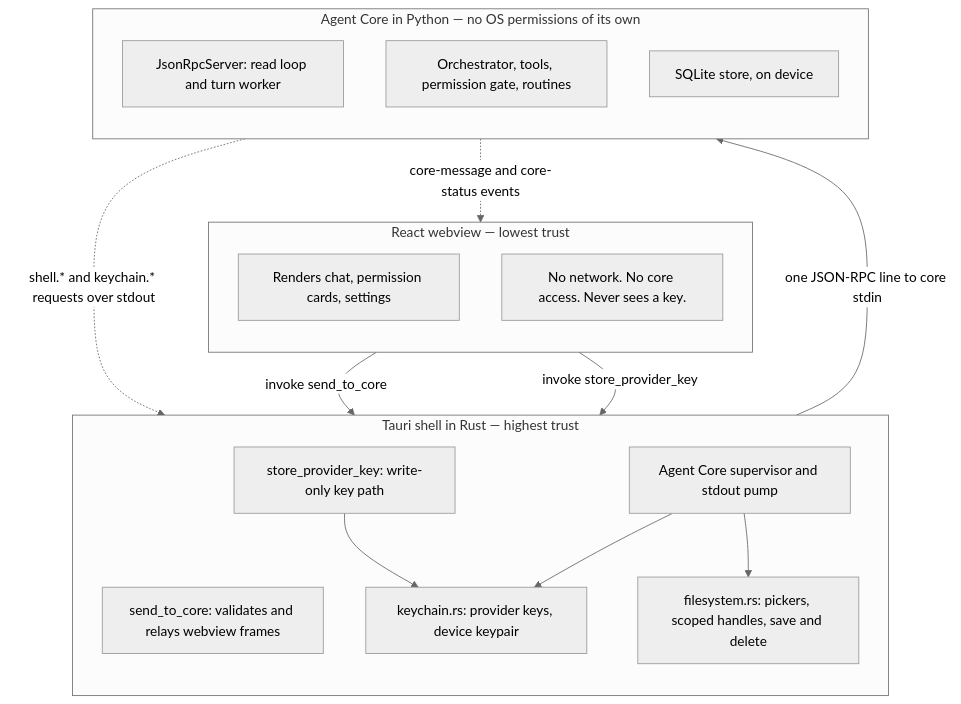
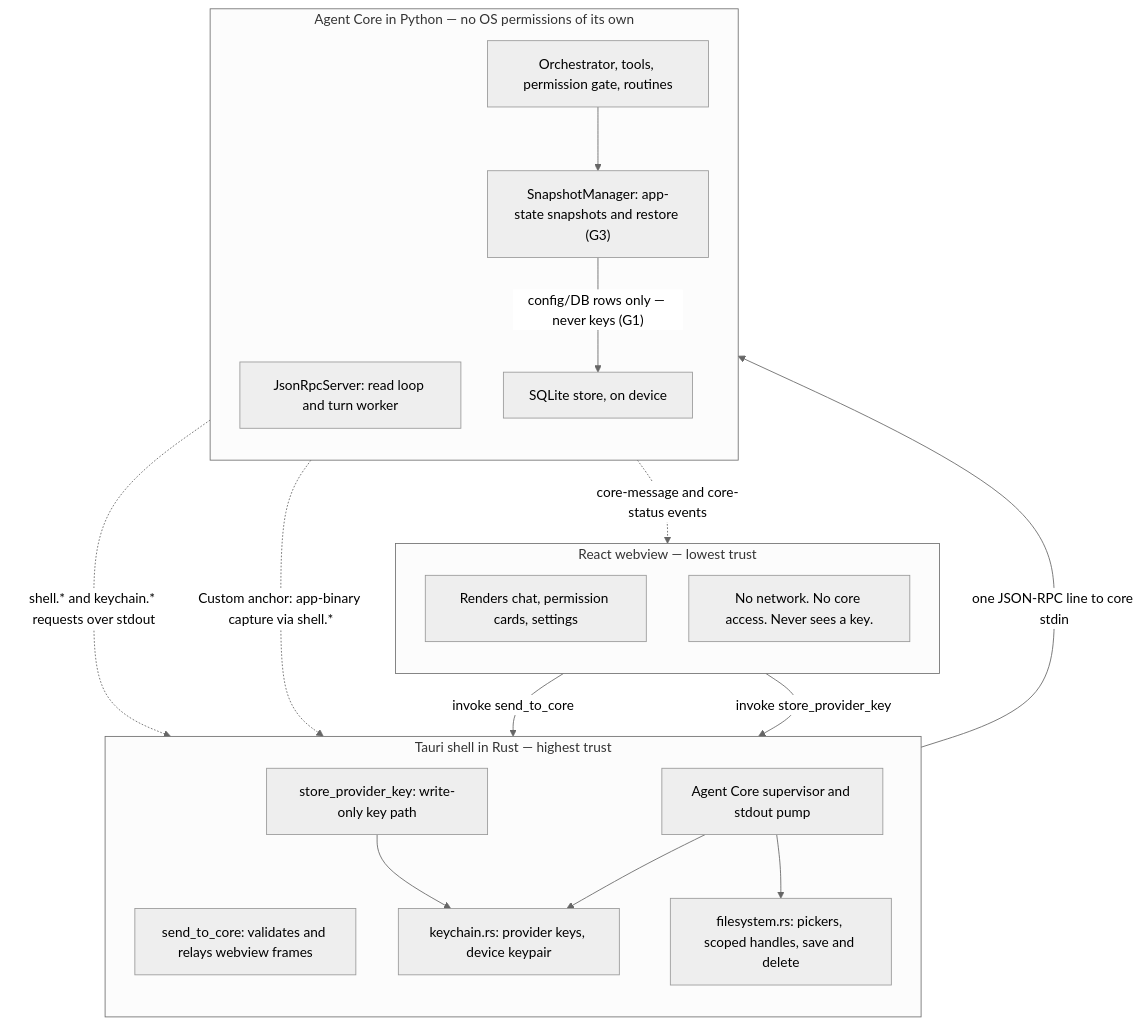
Before and after one commit to N041M/Addison: the first of 2 diagrams in docs/architecture.md, drawn with Mermaid (neutral theme). The commit also changed other lines of this file and 8 other files, not shown here.

````diff
--- a/docs/architecture.md
+++ b/docs/architecture.md
@@ -13,33 +19,37 @@
 ```mermaid
 flowchart TB
     subgraph webview["React webview — lowest trust"]
         direction TB
         UIrender["Renders chat, permission cards, settings"]
         UInote["No network. No core access. Never sees a key."]
     end
 
     subgraph shell["Tauri shell in Rust — highest trust"]
         direction TB
         SendCmd["send_to_core: validates and relays webview frames"]
         StoreKeyCmd["store_provider_key: write-only key path"]
         Supervisor["Agent Core supervisor and stdout pump"]
         Keychain["keychain.rs: provider keys, device keypair"]
         Filesystem["filesystem.rs: pickers, scoped handles, save and delete"]
     end
 
     subgraph core["Agent Core in Python — no OS permissions of its own"]
         direction TB
         Server["JsonRpcServer: read loop and turn worker"]
         Engine["Orchestrator, tools, permission gate, routines"]
+        Snapshots["SnapshotManager: app-state snapshots and restore (G3)"]
         Store["SQLite store, on device"]
     end
 
     UIrender -->|"invoke send_to_core"| SendCmd
     UIrender -->|"invoke store_provider_key"| StoreKeyCmd
     SendCmd -->|"one JSON-RPC line to core stdin"| Server
     Server -.->|"core-message and core-status events"| UIrender
     Engine -.->|"shell.* and keychain.* requests over stdout"| Supervisor
+    Engine --> Snapshots
+    Snapshots -->|"config/DB rows only — never keys (G1)"| Store
+    Snapshots -.->|"Custom anchor: app-binary capture via shell.*"| Supervisor
     Supervisor --> Keychain
     Supervisor --> Filesystem
     StoreKeyCmd --> Keychain
 ```
````
